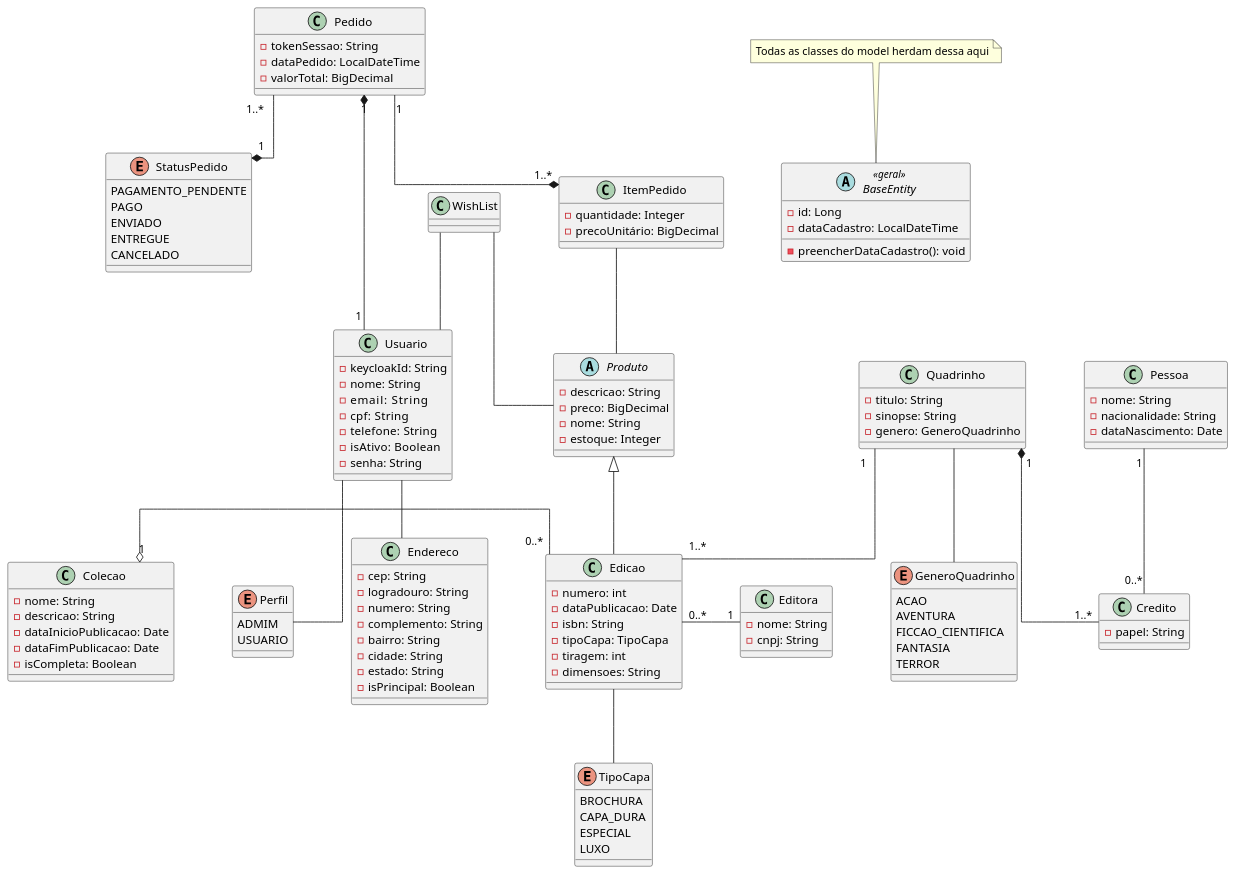
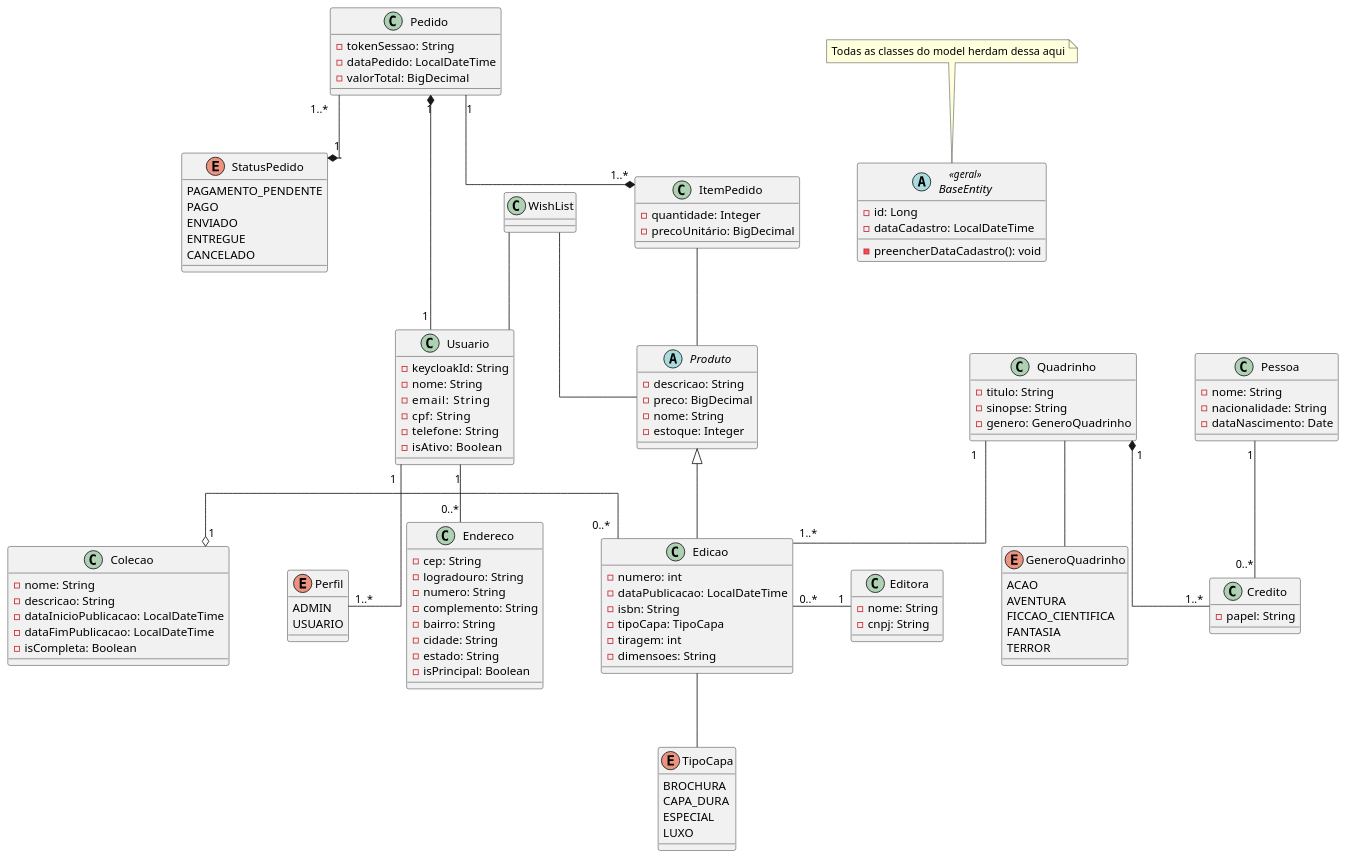
The diagram in classDiagram.plantuml (leonardo-Trex/kuasys), drawn with PlantUML before and after one commit.

Commit message:
UML: Atualização
- Diagrama melhorado

```diff
--- a/classDiagram.plantuml
+++ b/classDiagram.plantuml
@@ -1,169 +1,169 @@
 @startuml e-commerce
 
 skinparam nodesep 70
 skinparam ranksep 70
 skinparam linetype ortho
 
 ' =====================
 ' ENUMS
 ' =====================
 
 enum GeneroQuadrinho {
   ACAO
   AVENTURA
   FICCAO_CIENTIFICA
   FANTASIA
   TERROR
 }
 
 enum TipoCapa {
   BROCHURA
   CAPA_DURA
   ESPECIAL
   LUXO
 }
 
 enum StatusPedido {
     PAGAMENTO_PENDENTE
     PAGO
     ENVIADO
     ENTREGUE
     CANCELADO
 }
 
 enum Perfil {
-    ADMIM
+    ADMIN
     USUARIO
 }
 
 ' =====================
 ' CLASSES
 ' =====================
 
 abstract class BaseEntity << geral >>{
     - id: Long
     - dataCadastro: LocalDateTime
     - preencherDataCadastro(): void
 }
 
 abstract class Produto {
   - descricao: String
   - preco: BigDecimal
   - nome: String
   - estoque: Integer
 }
 
 
 
 class Usuario {
     - keycloakId: String
     - nome: String
     - email:    String
     - cpf:  String
     - telefone:  String
     - isAtivo:  Boolean
-    - senha: String
 }
 
 class WishList {
 
 }
 
 class Pedido {
     - tokenSessao: String
     - dataPedido: LocalDateTime
     - valorTotal: BigDecimal
 }
 
 class ItemPedido {
     - quantidade: Integer
     - precoUnitário: BigDecimal
 }
 
 class Endereco {
     - cep: String
     - logradouro: String
     - numero: String
     - complemento: String
     - bairro: String
     - cidade: String
     - estado: String
     - isPrincipal: Boolean
 }
 
 class Edicao {
   - numero: int
-  - dataPublicacao: Date
+  - dataPublicacao: LocalDateTime
   - isbn: String
   - tipoCapa: TipoCapa
   - tiragem: int
   - dimensoes: String
 }
 
 class Quadrinho {
   - titulo: String
   - sinopse: String
   - genero: GeneroQuadrinho
 }
 
 class Colecao {
   - nome: String
   - descricao: String
-  - dataInicioPublicacao: Date
-  - dataFimPublicacao: Date
+  - dataInicioPublicacao: LocalDateTime
+  - dataFimPublicacao: LocalDateTime
 '  Esse cara aqui pode ser calculado, se dataFimPublicação == null
   - isCompleta: Boolean
 }
 
 class Editora {
   - nome: String
   - cnpj: String
 }
 
 class Pessoa {
   - nome: String
   - nacionalidade: String
   - dataNascimento: Date
 }
 
 class Credito {
   - papel: String
 }
 
 ' =====================
 ' RELACIONAMENTOS
 ' =====================
 
 Produto <|-- Edicao
 
 Quadrinho "1" -down- "1..*" Edicao
 Quadrinho "1" *-- "1..*" Credito
 Pessoa "1" -- "0..*" Credito
 
 Editora "1" -left- "0..*" Edicao
 
 Colecao "1" o-right- "0..*" Edicao
 
 Pedido "1" --* "1..*" ItemPedido
+
 Pedido "1..*" --* "1" StatusPedido
 Pedido "1" *-right- "1" Usuario
 
-Usuario -- Endereco
-Usuario -- Perfil
+Usuario "1" -- "0..*" Endereco
+Usuario "1" -- "1..*" Perfil
 
 Edicao -- TipoCapa
 Quadrinho -- GeneroQuadrinho
 
 ItemPedido -- Produto
 WishList -- Usuario
 WishList -- Produto
 
 ' ======================
 '         NOTAS
 ' ======================
 
 note "Todas as classes do model herdam dessa aqui" as N1
 
 N1 .. BaseEntity
 
 @enduml
```
